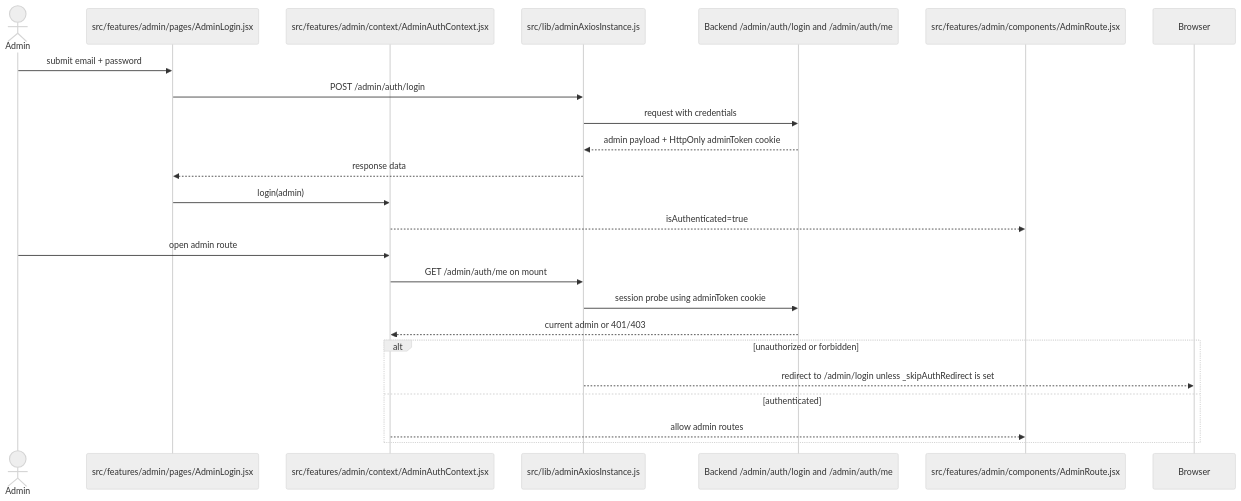
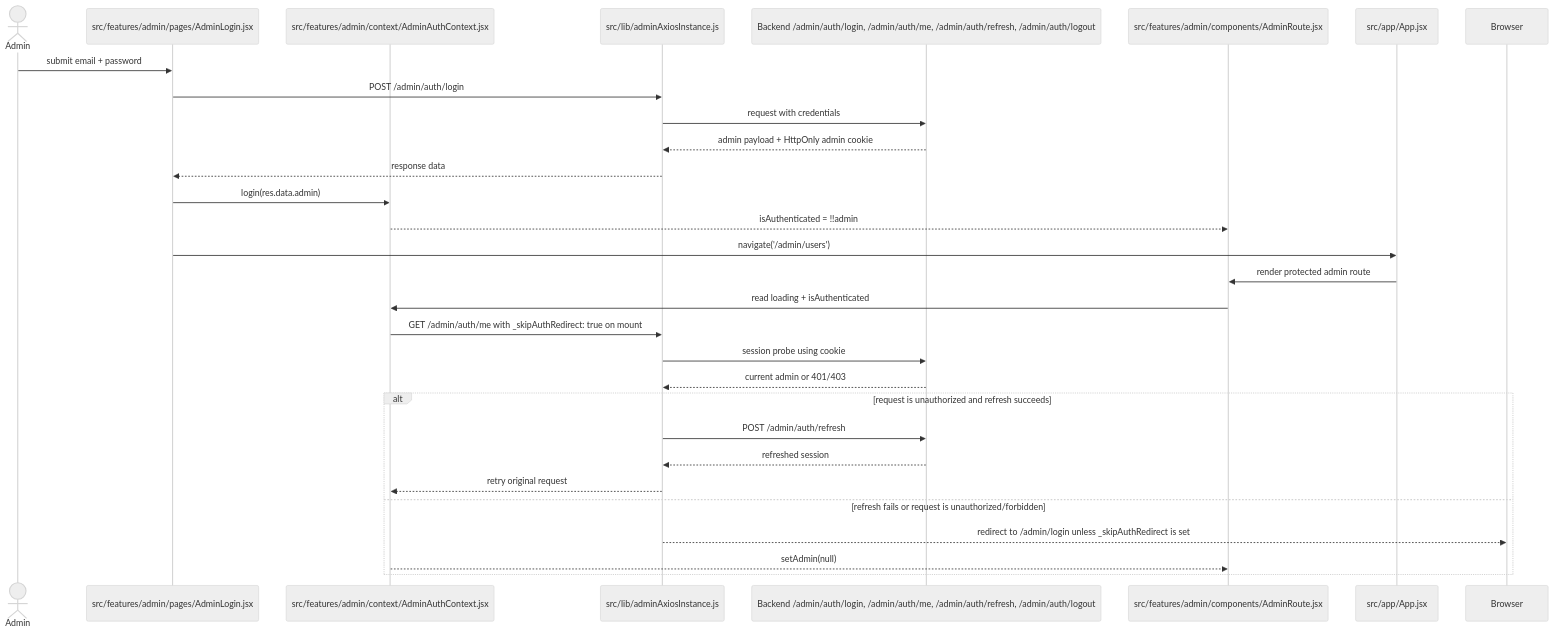
One commit to anushlobo-git/Leapmentor-frontend changed the diagram in docs/diagrams/admin-auth-flow.md. Above: the diagram before and after it, drawn with Mermaid (neutral theme). The commit also changed other lines of this file and 1309 other files, not shown here.

````diff
--- a/docs/diagrams/admin-auth-flow.md
+++ b/docs/diagrams/admin-auth-flow.md
@@ -3,26 +3,34 @@
 ```mermaid
 sequenceDiagram
   actor Admin
   participant Login as src/features/admin/pages/AdminLogin.jsx
   participant Context as src/features/admin/context/AdminAuthContext.jsx
   participant AdminAxios as src/lib/adminAxiosInstance.js
-  participant API as Backend /admin/auth/login and /admin/auth/me
+  participant API as Backend /admin/auth/login, /admin/auth/me, /admin/auth/refresh, /admin/auth/logout
   participant Guard as src/features/admin/components/AdminRoute.jsx
+  participant Router as src/app/App.jsx
 
   Admin->>Login: submit email + password
   Login->>AdminAxios: POST /admin/auth/login
   AdminAxios->>API: request with credentials
-  API-->>AdminAxios: admin payload + HttpOnly adminToken cookie
+  API-->>AdminAxios: admin payload + HttpOnly admin cookie
   AdminAxios-->>Login: response data
-  Login->>Context: login(admin)
-  Context-->>Guard: isAuthenticated=true
-  Admin->>Context: open admin route
-  Context->>AdminAxios: GET /admin/auth/me on mount
-  AdminAxios->>API: session probe using adminToken cookie
-  API-->>Context: current admin or 401/403
-  alt unauthorized or forbidden
+  Login->>Context: login(res.data.admin)
+  Context-->>Guard: isAuthenticated = !!admin
+  Login->>Router: navigate('/admin/users')
+  Router->>Guard: render protected admin route
+  Guard->>Context: read loading + isAuthenticated
+
+  Context->>AdminAxios: GET /admin/auth/me with _skipAuthRedirect: true on mount
+  AdminAxios->>API: session probe using cookie
+  API-->>AdminAxios: current admin or 401/403
+
+  alt request is unauthorized and refresh succeeds
+    AdminAxios->>API: POST /admin/auth/refresh
+    API-->>AdminAxios: refreshed session
+    AdminAxios-->>Context: retry original request
+  else refresh fails or request is unauthorized/forbidden
     AdminAxios-->>Browser: redirect to /admin/login unless _skipAuthRedirect is set
-  else authenticated
-    Context-->>Guard: allow admin routes
+    Context-->>Guard: setAdmin(null)
   end
 ```
````
